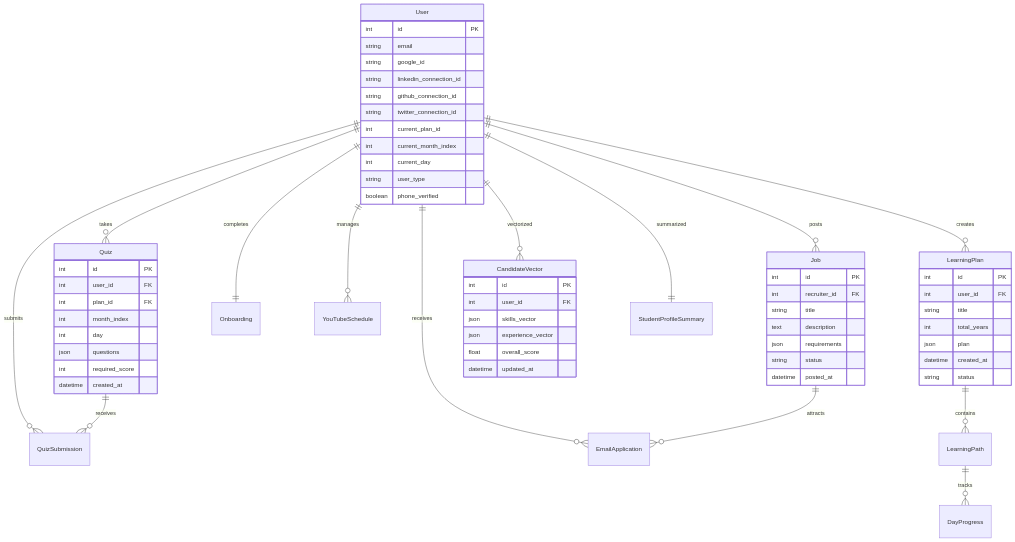
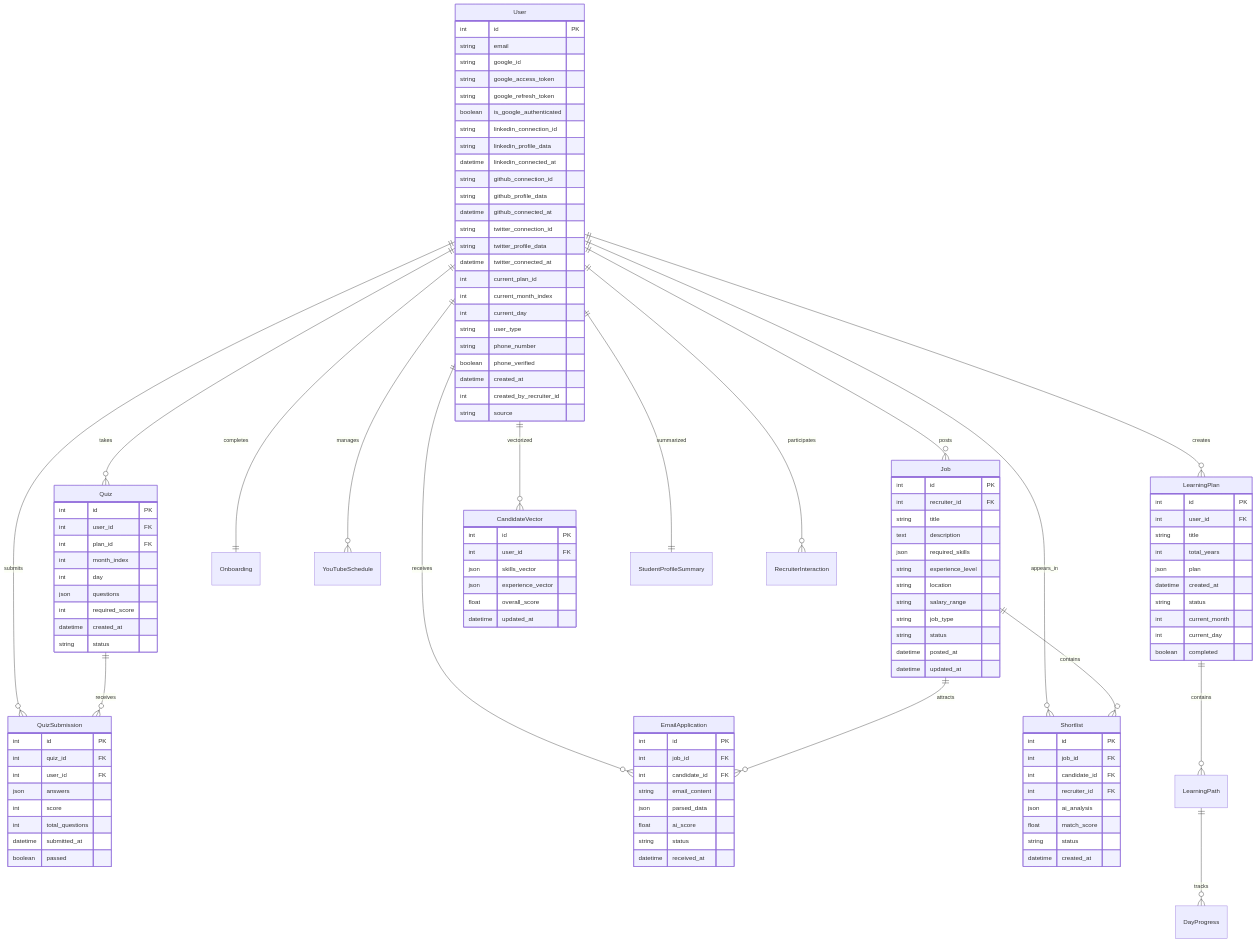
The third of 8 diagrams in README.md (abhiabhi150614/video-pop-up-for-steaming), drawn with Mermaid before and after one commit. The commit also changed other lines of this file, not shown here.

````diff
--- a/README.md
+++ b/README.md
@@ -373,24 +375,40 @@
     User ||--o{ EmailApplication : receives
     User ||--o{ CandidateVector : vectorized
     User ||--|| StudentProfileSummary : summarized
+    User ||--o{ RecruiterInteraction : participates
+    User ||--o{ Shortlist : appears_in
     
     LearningPlan ||--o{ LearningPath : contains
     LearningPath ||--o{ DayProgress : tracks
     Quiz ||--o{ QuizSubmission : receives
     Job ||--o{ EmailApplication : attracts
+    Job ||--o{ Shortlist : contains
     
     User {
         int id PK
         string email
         string google_id
+        string google_access_token
+        string google_refresh_token
+        boolean is_google_authenticated
         string linkedin_connection_id
+        string linkedin_profile_data
+        datetime linkedin_connected_at
         string github_connection_id
+        string github_profile_data
+        datetime github_connected_at
         string twitter_connection_id
+        string twitter_profile_data
+        datetime twitter_connected_at
         int current_plan_id
         int current_month_index
         int current_day
         string user_type
+        string phone_number
         boolean phone_verified
+        datetime created_at
+        int created_by_recruiter_id
+        string source
     }
     
     LearningPlan {
@@ -401,6 +419,9 @@
         json plan
         datetime created_at
         string status
+        int current_month
+        int current_day
+        boolean completed
     }
     
     Quiz {
@@ -412,6 +433,18 @@
         json questions
         int required_score
         datetime created_at
+        string status
+    }
+    
+    QuizSubmission {
+        int id PK
+        int quiz_id FK
+        int user_id FK
+        json answers
+        int score
+        int total_questions
+        datetime submitted_at
+        boolean passed
     }
     
     Job {
@@ -419,9 +452,14 @@
         int recruiter_id FK
         string title
         text description
-        json requirements
+        json required_skills
+        string experience_level
+        string location
+        string salary_range
+        string job_type
         string status
         datetime posted_at
+        datetime updated_at
     }
     
     CandidateVector {
@@ -432,4 +470,26 @@
         float overall_score
         datetime updated_at
     }
+    
+    EmailApplication {
+        int id PK
+        int job_id FK
+        int candidate_id FK
+        string email_content
+        json parsed_data
+        float ai_score
+        string status
+        datetime received_at
+    }
+    
+    Shortlist {
+        int id PK
+        int job_id FK
+        int candidate_id FK
+        int recruiter_id FK
+        json ai_analysis
+        float match_score
+        string status
+        datetime created_at
+    }
 ```
````
